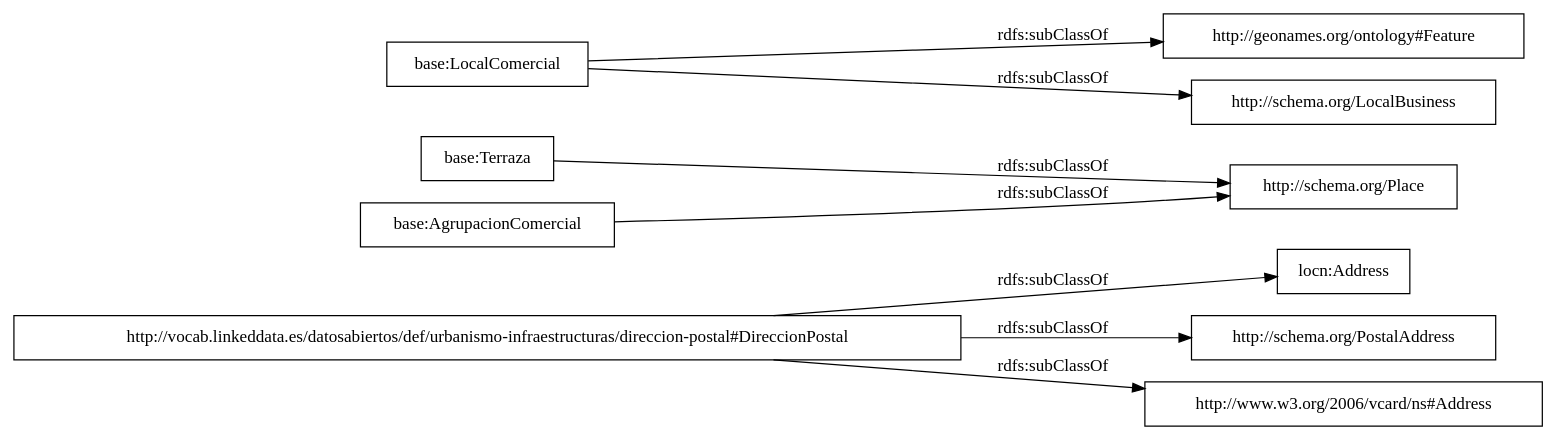
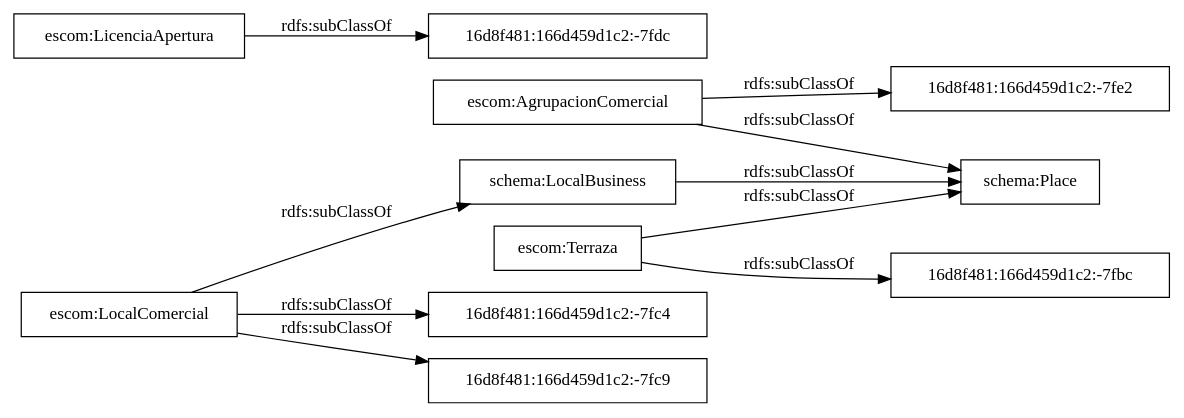
One commit to OnToologyUser/comercio-censo-locales changed the diagram in OnToology/ontology/tejido-comercial.owl/diagrams/ar2dtool-taxonomy/tejido-comercial.owl.png.dot. Above: the diagram before and after it, drawn with Graphviz. The commit also changed 15 other files, not shown here.

```diff
--- a/OnToology/ontology/tejido-comercial.owl/diagrams/ar2dtool-taxonomy/tejido-comercial.owl.png.dot
+++ b/OnToology/ontology/tejido-comercial.owl/diagrams/ar2dtool-taxonomy/tejido-comercial.owl.png.dot
@@ -1,13 +1,15 @@
 digraph ar2dtool_diagram { 
 rankdir=LR;
 size="1000"
-node [shape = rectangle, color="black"]; "locn:Address" "base:Terraza" "http://schema.org/PostalAddress" "base:AgrupacionComercial" "http://geonames.org/ontology#Feature" "http://vocab.linkeddata.es/datosabiertos/def/urbanismo-infraestructuras/direccion-postal#DireccionPostal" "http://www.w3.org/2006/vcard/ns#Address" "http://schema.org/LocalBusiness" "base:LocalComercial" "http://schema.org/Place" ; /*classes style*/
-	"base:AgrupacionComercial" -> "http://schema.org/Place" [ label = "rdfs:subClassOf" ];
-	"http://vocab.linkeddata.es/datosabiertos/def/urbanismo-infraestructuras/direccion-postal#DireccionPostal" -> "locn:Address" [ label = "rdfs:subClassOf" ];
-	"http://vocab.linkeddata.es/datosabiertos/def/urbanismo-infraestructuras/direccion-postal#DireccionPostal" -> "http://schema.org/PostalAddress" [ label = "rdfs:subClassOf" ];
-	"http://vocab.linkeddata.es/datosabiertos/def/urbanismo-infraestructuras/direccion-postal#DireccionPostal" -> "http://www.w3.org/2006/vcard/ns#Address" [ label = "rdfs:subClassOf" ];
-	"base:LocalComercial" -> "http://geonames.org/ontology#Feature" [ label = "rdfs:subClassOf" ];
-	"base:LocalComercial" -> "http://schema.org/LocalBusiness" [ label = "rdfs:subClassOf" ];
-	"base:Terraza" -> "http://schema.org/Place" [ label = "rdfs:subClassOf" ];
+node [shape = rectangle, color="black"]; "escom:Terraza" "16d8f481:166d459d1c2:-7fbc" "16d8f481:166d459d1c2:-7fe2" "escom:LicenciaApertura" "16d8f481:166d459d1c2:-7fc4" "escom:AgrupacionComercial" "16d8f481:166d459d1c2:-7fdc" "16d8f481:166d459d1c2:-7fc9" "schema:LocalBusiness" "escom:LocalComercial" "schema:Place" ; /*classes style*/
+	"escom:AgrupacionComercial" -> "16d8f481:166d459d1c2:-7fe2" [ label = "rdfs:subClassOf" ];
+	"escom:AgrupacionComercial" -> "schema:Place" [ label = "rdfs:subClassOf" ];
+	"escom:LocalComercial" -> "16d8f481:166d459d1c2:-7fc4" [ label = "rdfs:subClassOf" ];
+	"escom:LocalComercial" -> "schema:LocalBusiness" [ label = "rdfs:subClassOf" ];
+	"escom:LocalComercial" -> "16d8f481:166d459d1c2:-7fc9" [ label = "rdfs:subClassOf" ];
+	"escom:Terraza" -> "16d8f481:166d459d1c2:-7fbc" [ label = "rdfs:subClassOf" ];
+	"escom:Terraza" -> "schema:Place" [ label = "rdfs:subClassOf" ];
+	"escom:LicenciaApertura" -> "16d8f481:166d459d1c2:-7fdc" [ label = "rdfs:subClassOf" ];
+	"schema:LocalBusiness" -> "schema:Place" [ label = "rdfs:subClassOf" ];
 
 }
```
